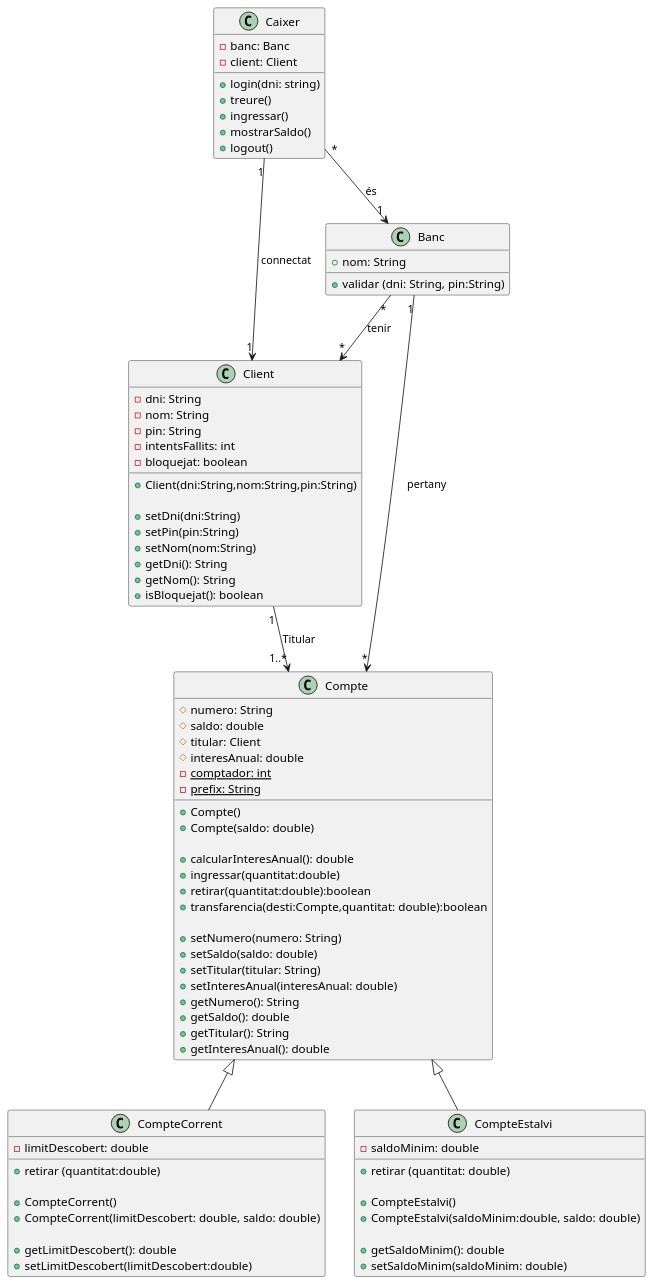
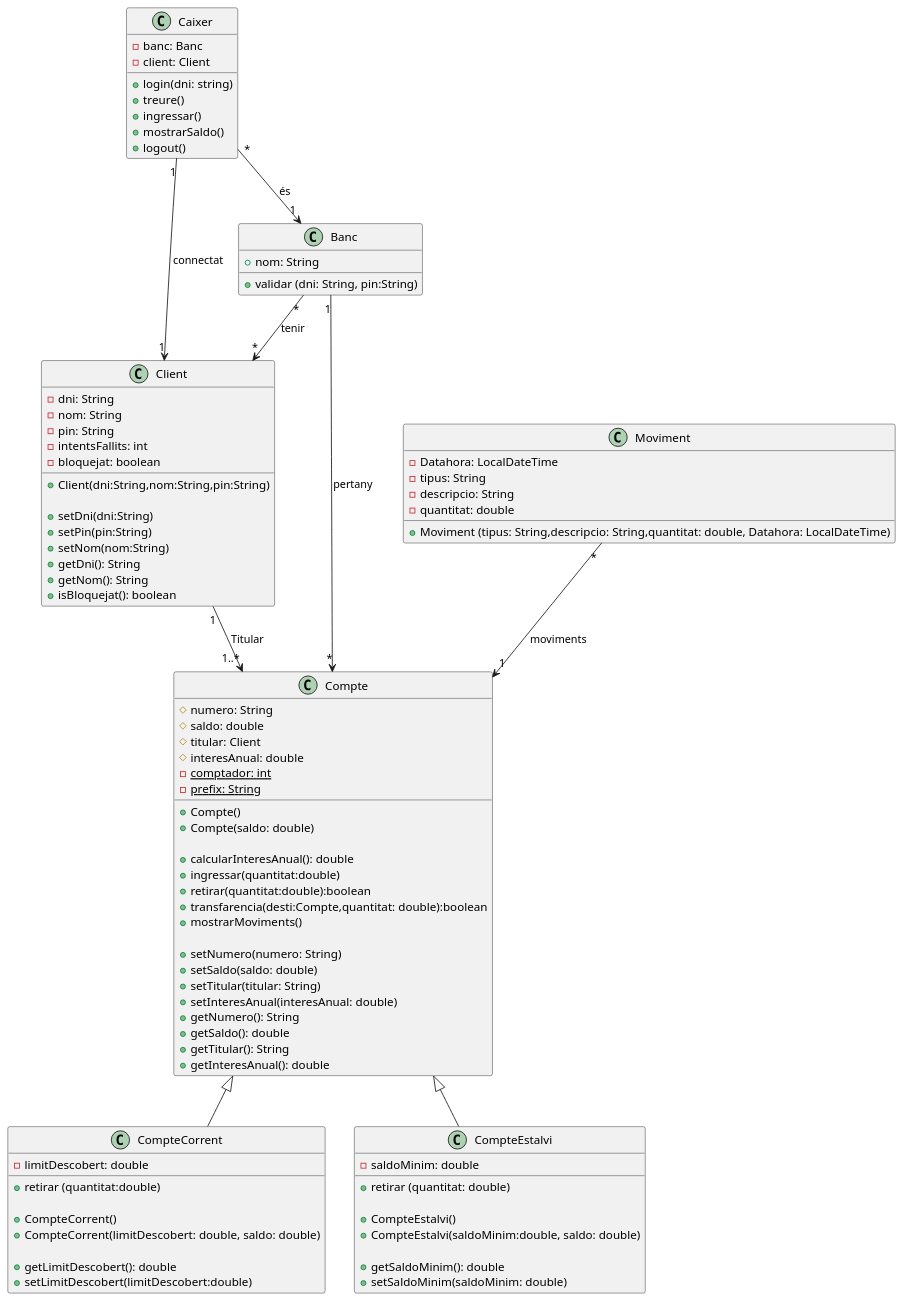
Before and after one commit to ins-vib/poo-atm-jopo738-web: the diagram in UML/classes.puml, drawn with PlantUML.

Commit message:
ULTIMA hora   del dia  21/01/2026

```diff
--- a/UML/classes.puml
+++ b/UML/classes.puml
@@ -1,103 +1,108 @@
 @startuml
-
 class Client {
     - dni: String
     - nom: String
     - pin: String
     - intentsFallits: int
     - bloquejat: boolean
 
     + Client(dni:String,nom:String,pin:String)
 
     + setDni(dni:String)
     + setPin(pin:String)
     + setNom(nom:String)
     + getDni(): String
     + getNom(): String
     + isBloquejat(): boolean
 
     
 
 }
 
 class Compte {
     # numero: String
     # saldo: double
     # titular: Client
     # interesAnual: double
     {static} - comptador: int
     {static} - prefix: String
 
     + Compte()
     + Compte(saldo: double)
 
     + calcularInteresAnual(): double
     + ingressar(quantitat:double)
     + retirar(quantitat:double):boolean
     + transfarencia(desti:Compte,quantitat: double):boolean
+    + mostrarMoviments()
 
     + setNumero(numero: String)
     + setSaldo(saldo: double)
     + setTitular(titular: String)
     + setInteresAnual(interesAnual: double)
     + getNumero(): String
     + getSaldo(): double
     + getTitular(): String
     + getInteresAnual(): double
 }
 
 Client "1" --> "1..*" Compte : Titular
 
 
 class Banc {
     + nom: String
     + validar (dni: String, pin:String)
 
 }
 
 Banc "*" --> "*" Client : tenir
 Banc "1" -->"*" Compte: pertany
 
 class CompteCorrent extends Compte{
     - limitDescobert: double
     + retirar (quantitat:double)
 
     + CompteCorrent()
     + CompteCorrent(limitDescobert: double, saldo: double)
 
     + getLimitDescobert(): double
     + setLimitDescobert(limitDescobert:double)
     
 
 }
 
 class CompteEstalvi extends Compte{
     - saldoMinim: double
     + retirar (quantitat: double)
 
     + CompteEstalvi()
     + CompteEstalvi(saldoMinim:double, saldo: double)
 
     + getSaldoMinim(): double
     + setSaldoMinim(saldoMinim: double)
 }
 
 class Caixer{
     - banc: Banc
     - client: Client
 
     + login(dni: string)
     + treure()
     + ingressar()
     + mostrarSaldo()
     + logout()
 }
 
+class Moviment{
+    - Datahora: LocalDateTime
+    - tipus: String
+    - descripcio: String
+    - quantitat: double
+
+    + Moviment (tipus: String,descripcio: String,quantitat: double, Datahora: LocalDateTime)
+}
+Moviment "*"-->"1" Compte: moviments
+
 Caixer "*" -->"1" Banc: és
 Caixer "1" -->"1" Client: connectat
-
-
-
-
-
 @enduml
```
